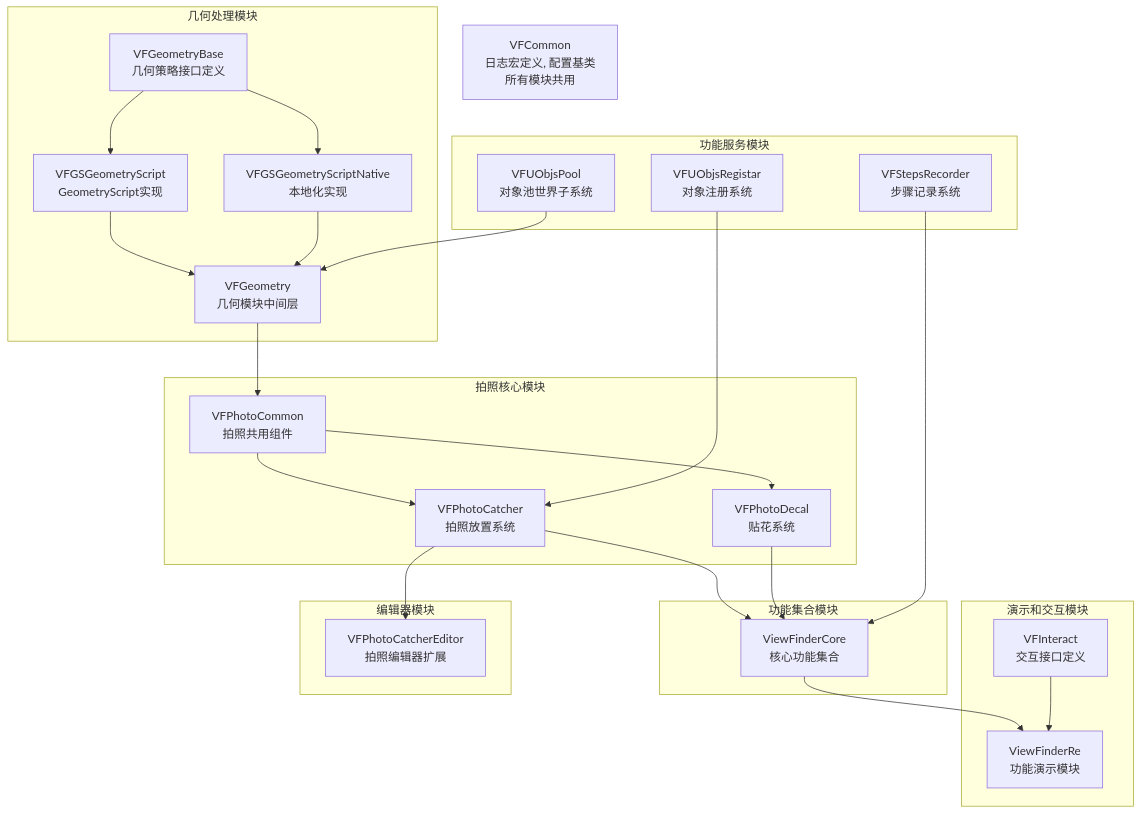
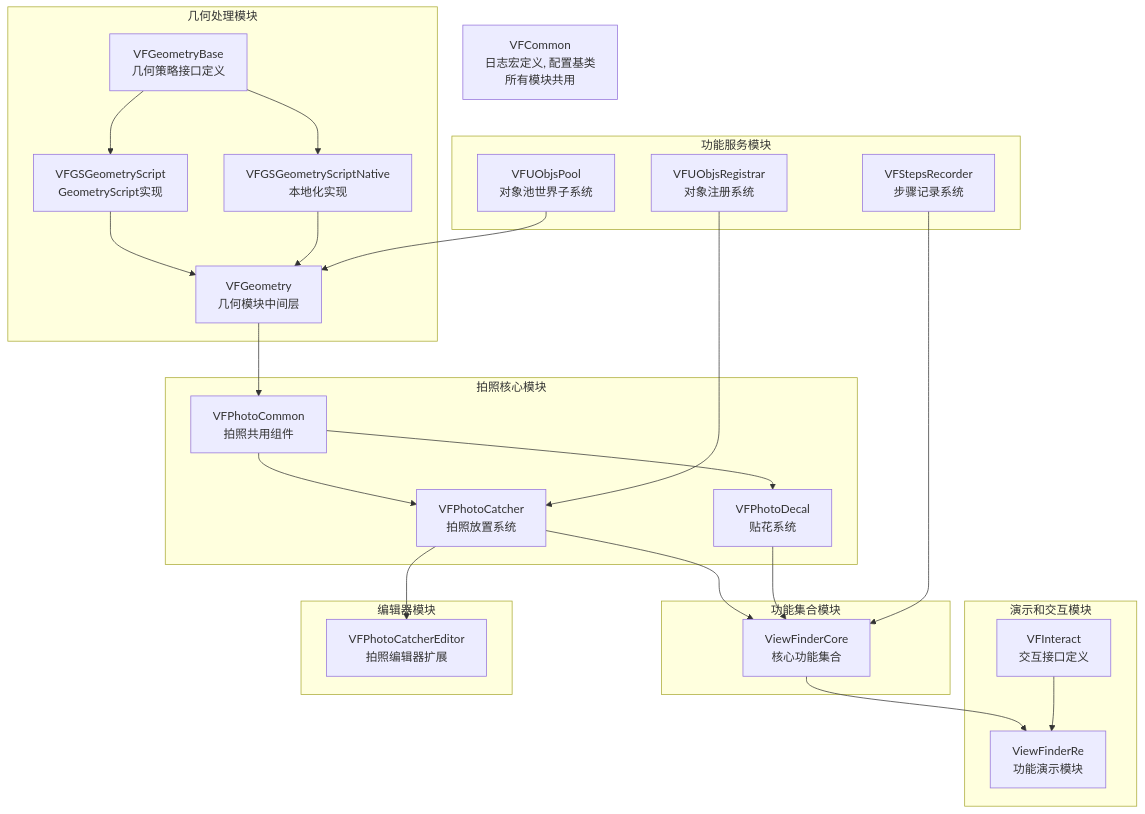
Before and after one commit to StrangeDS/ViewFinderRe: the first of 9 diagrams in README.zh.md, drawn with Mermaid. The commit also changed other lines of this file and 53 other files, not shown here.

Commit message:
修复拼写错误 源代码, 本地化, 图片, 模块名更正等 AI(iFlow)协助

````diff
--- a/README.zh.md
+++ b/README.zh.md
@@ -868,74 +868,74 @@
 ```mermaid
 graph TD
     %% 基础共用模块 - 单独标明
     VFCommon[VFCommon<br/>日志宏定义, 配置基类<br/>所有模块共用]
 
     %% 功能服务模块
     subgraph ServiceModules [功能服务模块]
         VFUObjsPool[VFUObjsPool<br/>对象池世界子系统]
-        VFUObjsRegistar[VFUObjsRegistar<br/>对象注册系统]
+        VFUObjsRegistrar[VFUObjsRegistrar<br/>对象注册系统]
         VFStepsRecorder[VFStepsRecorder<br/>步骤记录系统]
     end
 
     %% 几何处理模块
     subgraph GeometryModules [几何处理模块]
         VFGeometryBase[VFGeometryBase<br/>几何策略接口定义]
         
         VFGSGeometryScript[VFGSGeometryScript<br/>GeometryScript实现]
         VFGSGeometryScriptNative[VFGSGeometryScriptNative<br/>本地化实现]
         
         VFGeometry[VFGeometry<br/>几何模块中间层]
     end
 
     %% 拍照核心模块
     subgraph PhotoCoreModules [拍照核心模块]
         VFPhotoCommon[VFPhotoCommon<br/>拍照共用组件]
         VFPhotoCatcher[VFPhotoCatcher<br/>拍照放置系统]
         VFPhotoDecal[VFPhotoDecal<br/>贴花系统]
     end
 
     %% 功能集合模块
     subgraph CoreModules [功能集合模块]
         ViewFinderCore[ViewFinderCore<br/>核心功能集合]
     end
 
     %% 演示和交互模块
     subgraph DemoModules [演示和交互模块]
         VFInteract[VFInteract<br/>交互接口定义]
         ViewFinderRe[ViewFinderRe<br/>功能演示模块]
     end
 
     %% 编辑器模块
     subgraph EditorModules [编辑器模块]
         VFPhotoCatcherEditor[VFPhotoCatcherEditor<br/>拍照编辑器扩展]
     end
 
     %% 依赖关系定义
     %% 几何模块依赖链
     VFGeometryBase --> VFGSGeometryScript
     VFGeometryBase --> VFGSGeometryScriptNative
     
     VFGSGeometryScript --> VFGeometry
     VFGSGeometryScriptNative --> VFGeometry
     VFUObjsPool --> VFGeometry
 
     %% 拍照模块依赖链
     VFGeometry --> VFPhotoCommon
     
     VFPhotoCommon --> VFPhotoCatcher
-    VFUObjsRegistar --> VFPhotoCatcher
+    VFUObjsRegistrar --> VFPhotoCatcher
     
     VFPhotoCommon --> VFPhotoDecal
 
     %% 核心功能集合
     VFPhotoCatcher --> ViewFinderCore
     VFPhotoDecal --> ViewFinderCore
     VFStepsRecorder --> ViewFinderCore
 
     %% 编辑器扩展
     VFPhotoCatcher --> VFPhotoCatcherEditor
 
     %% 演示模块依赖
     ViewFinderCore --> ViewFinderRe
     VFInteract --> ViewFinderRe
 ```
````
